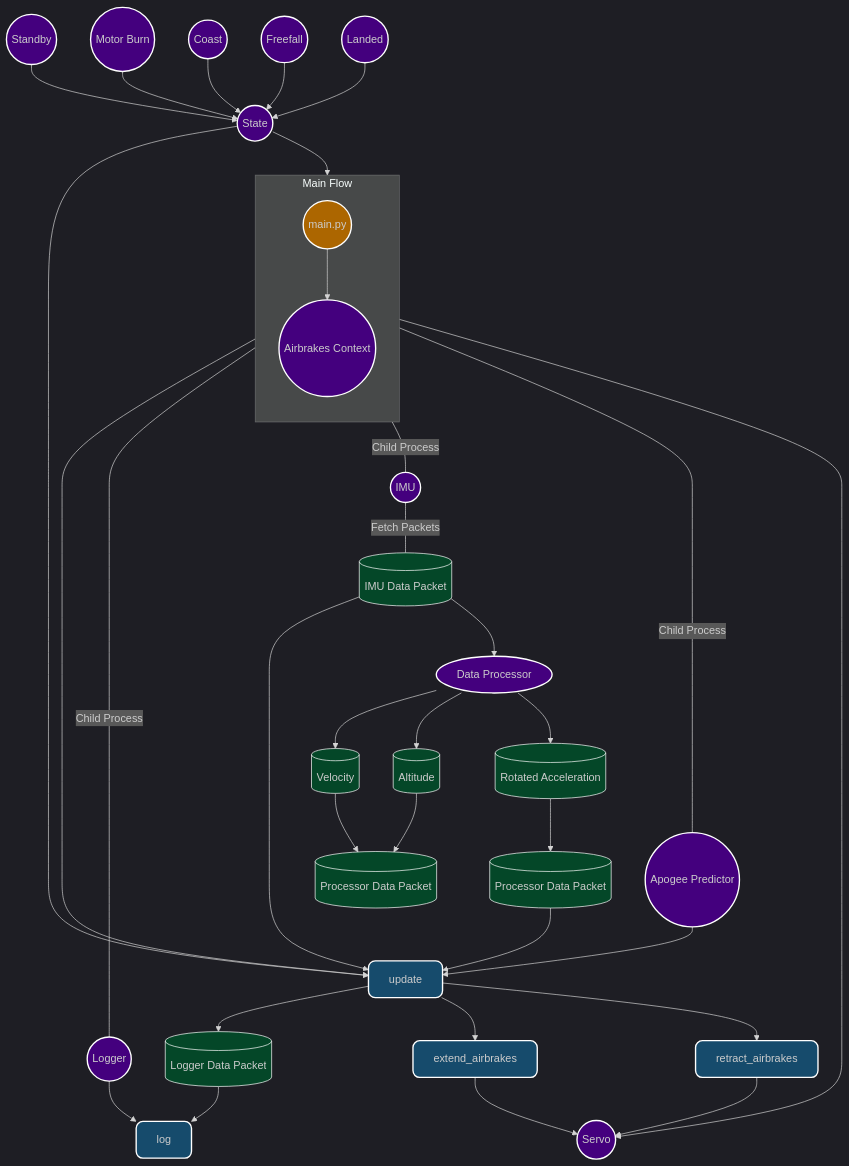
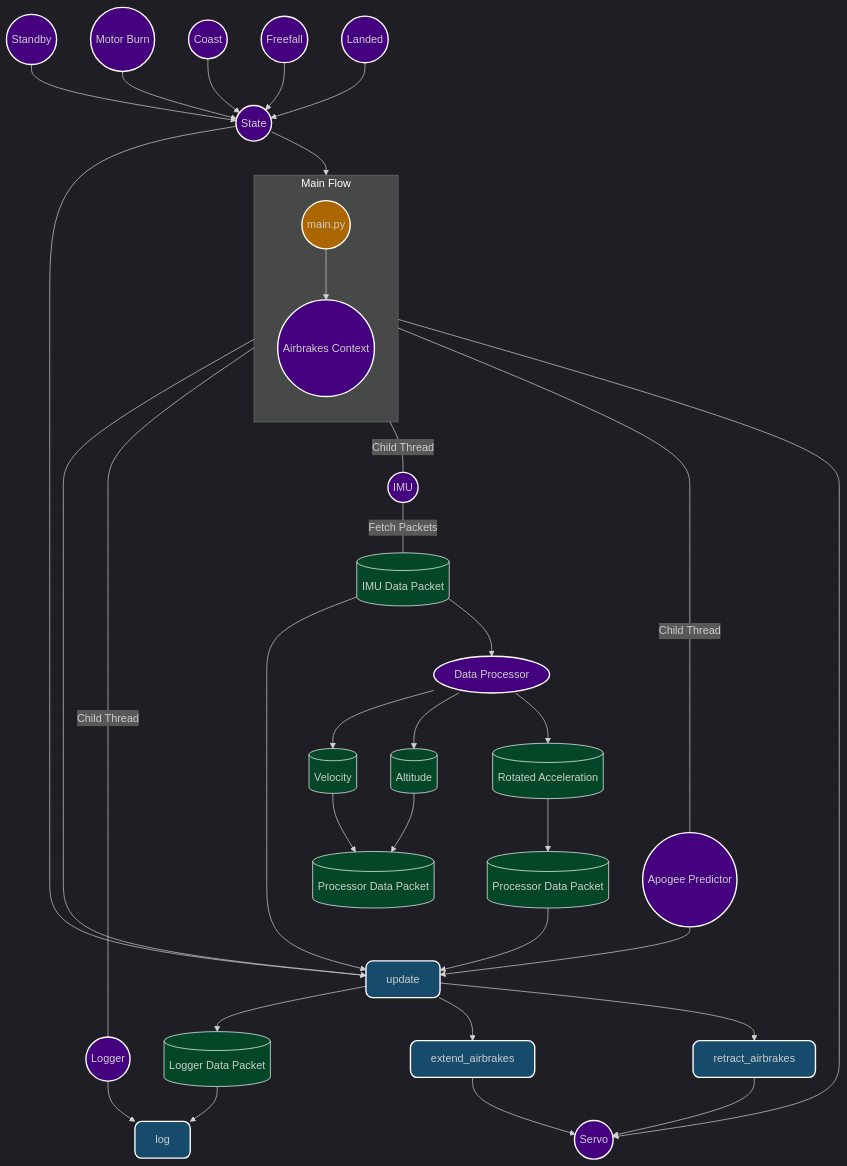
One commit to NCSU-High-Powered-Rocketry-Club/AirbrakesV2 changed the diagram in README.md. Above: the diagram before and after it, drawn with Mermaid. The commit also changed other lines of this file and 16 other files, not shown here.

````diff
--- a/README.md
+++ b/README.md
@@ -49,74 +49,74 @@
 ```mermaid
 %%{init: {'theme': 'dark'}}%%
 flowchart TD
 
     %% Define styles for different shapes
     classDef circular fill:#44007e,stroke:#fff,stroke-width:2px,rx:50%,ry:50%;  %% Ovals for classes
     classDef bubble fill:#164b6c,stroke:#fff,stroke-width:2px,rx:10px,ry:10px; %% Bubbles for methods
     classDef outputSquare fill:#044728,stroke:#fff,stroke-width:2px; %% Squares for outputs
     classDef textStyle fill:none,color:#fff,font-weight:bold,font-size:16px; %% Text style for bold white text
     classDef mainColor fill:#ac6600,stroke:#fff,stroke-width:2px,rx:50%,ry:50%; %% Color for main.py
 
     %% Main structure with main.py at the top
     subgraph mainFlow[Main Flow]
       direction TB
       mainpy((main.py)):::mainColor --> Airbrakes((Airbrakes Context)):::circular
      
     end
     Airbrakes --> Update[update]:::bubble
     %% IMU Data Packet Flow
     IMUDataPacket --> Update
     Apogee_Predictor --> Update
     
     %% States as individual nodes
     State((State)):::circular
     Standbystate((Standby)):::circular
     MotorBurnState((Motor Burn)):::circular
     CoastState((Coast)):::circular
     FreefallState((Freefall)):::circular
     LandedState((Landed)):::circular
     
 
     %% Connections between States and Airbrakes
     State((State)):::circular --> Airbrakes:::circular
     State --> Update
     
     Standbystate((Standby)):::circular --> State
     MotorBurnState((Motor Burn)):::circular --> State
     CoastState((Coast)):::circular --> State
     FreefallState((Freefall)):::circular --> State
     LandedState((Landed)):::circular --> State
     
     %% Connections with Labels
-    Airbrakes ---|Child Process| Logger((Logger)):::circular
-    Airbrakes ---|Child Process| IMU((IMU)):::circular
-    Airbrakes ---|Child Process| Apogee_Predictor((Apogee Predictor)):::circular
+    Airbrakes ---|Child Thread| Logger((Logger)):::circular
+    Airbrakes ---|Child Thread| IMU((IMU)):::circular
+    Airbrakes ---|Child Thread| Apogee_Predictor((Apogee Predictor)):::circular
     IMU((IMU)):::circular ---|Fetch Packets| IMUDataPacket[(IMU Data Packet)]:::outputSquare
 
     %% Data Processing
     IMUDataPacket --> DataProcessor[Data Processor]:::circular
     DataProcessor --> Velocity[(Velocity)]:::outputSquare
     DataProcessor --> Altitude[(Altitude)]:::outputSquare
     DataProcessor --> Rotated_Accel[(Rotated Acceleration)]:::outputSquare
     
     Velocity -->  ProcessedData[(Processor Data Packet)]:::outputSquare
     Altitude -->  ProcessedData[(Processor Data Packet)]:::outputSquare
     Rotated_Accel -->  ProcessorData[(Processor Data Packet)]:::outputSquare
     
     ProcessorData[(Processor Data Packet)]:::outputSquare --> Update
 
     %% Logging Mechanism
     Logger --> LogFunction[log]:::bubble
     Update --> LogData[(Logger Data Packet)]:::outputSquare
     LogData --> LogFunction
 
     %% Airbrake Control Methods with Parentheses Displayed
     Update --> ExtendAirbrakes[extend_airbrakes]:::bubble
     Update --> RetractAirbrakes[retract_airbrakes]:::bubble
 
     %% Servo Connections
     RetractAirbrakes --> Servo((Servo)):::circular 
     ExtendAirbrakes --> Servo
     Airbrakes --> Servo
 
 ```
````
